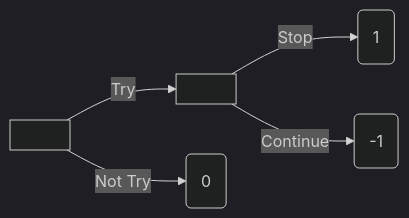
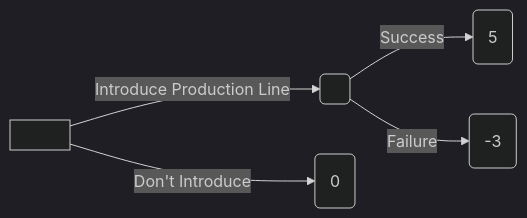
The diagram in Decisions.qmd (jagelves/DecisionModeling), drawn with Mermaid (dark theme) before and after one commit. The commit also changed other lines of this file and 2 other files, not shown here.

````diff
--- a/Decisions.qmd
+++ b/Decisions.qmd
@@ -42,8 +42,8 @@
 ```{mermaid theme=darkly}
 %%| fig-width: 5
 graph LR
-    A[ ] -->|Try| C[ ]
-    A[ ] -->|Not Try| B( 0 )
-    C -->|Stop| D( 1 )
-    C -->|Continue| E( -1 )
+    A[ ] -->|Introduce Production Line| C( ) 
+    A[ ] -->|Don't Introduce| B( 0 )
+    C -->|Success| D( 5 )
+    C -->|Failure| E( -3 )
 ```
````
